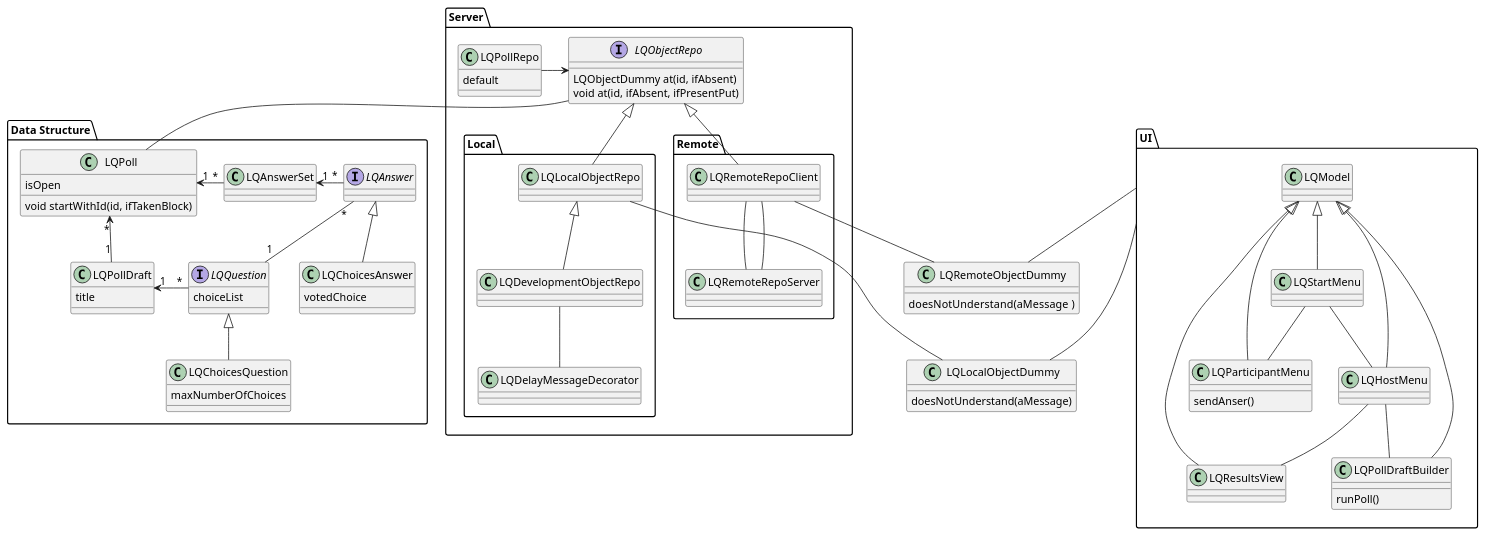
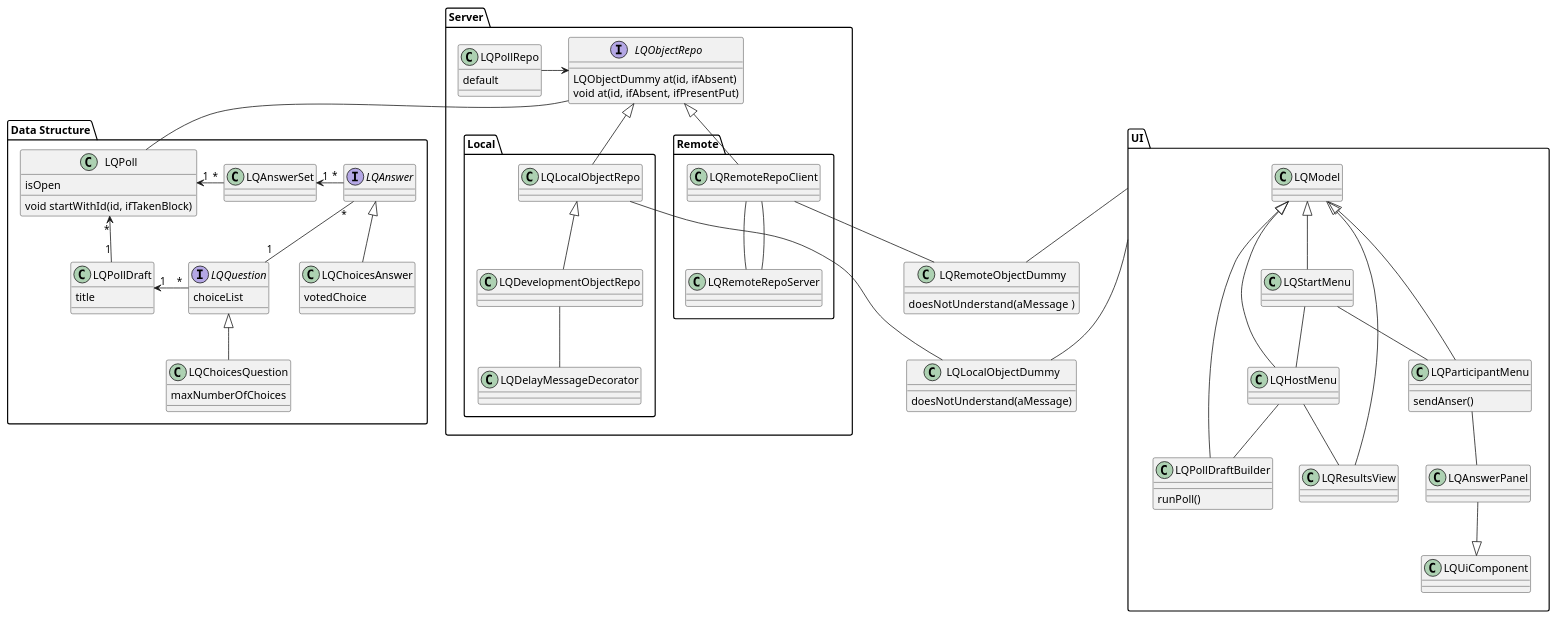
One commit to hpi-swa-teaching/Liquid changed the diagram in docs/class_diagram.wsd. Above: the diagram before and after it, drawn with PlantUML.

Commit message:
add AnswerPanel to class diagram

```diff
--- a/docs/class_diagram.wsd
+++ b/docs/class_diagram.wsd
@@ -1,99 +1,105 @@
 @startuml "Structure of Liquid"
 ' class LQDraftStore
 
 package "Data Structure" {
     class LQPoll  {
         isOpen
         void startWithId(id, ifTakenBlock)
     }
     LQPoll "*" <- "1" LQPollDraft
     class LQPollDraft {
         title
     }
     class LQAnswerSet
     LQPoll "1" <- "*" LQAnswerSet
     LQAnswerSet "1" <- "*" LQAnswer
     interface LQAnswer
     class LQChoicesAnswer {
         votedChoice
     }
     LQAnswer <|-- LQChoicesAnswer
 
     interface LQQuestion {
         choiceList
     }
     ' I chose * instead of 1 bc datastructure is there
     LQPollDraft "1" <- "*" LQQuestion
     class LQChoicesQuestion  {
         maxNumberOfChoices
     }
     LQQuestion <|-- LQChoicesQuestion
     LQAnswer "*" -- "1" LQQuestion
 }
 
 package Server {
     package Local {
         class LQLocalObjectRepo
         class LQDevelopmentObjectRepo
         class LQDelayMessageDecorator
         LQLocalObjectRepo <|-- LQDevelopmentObjectRepo
         ' LQDelayMessageDecorator -- LQLocalObjectDummy
         LQDevelopmentObjectRepo -- LQDelayMessageDecorator
 
     }
     package Remote {
         class LQRemoteRepoClient
         class LQRemoteRepoServer
         LQRemoteRepoClient -- LQRemoteRepoServer
         LQRemoteRepoServer -- LQRemoteRepoClient
     }
     interface LQObjectRepo {
         LQObjectDummy at(id, ifAbsent)
         void at(id, ifAbsent, ifPresentPut)
     }
     LQObjectRepo <|-- LQRemoteRepoClient
     LQObjectRepo <|-- LQLocalObjectRepo
 
     class LQPollRepo {
         default
     }
     LQObjectRepo -- LQPoll
     LQPollRepo -> LQObjectRepo
 }
 
 class LQLocalObjectDummy {
     doesNotUnderstand(aMessage)
 }
 UI -- LQRemoteObjectDummy
 LQRemoteRepoClient -- LQRemoteObjectDummy
 UI -- LQLocalObjectDummy
 LQLocalObjectRepo -- LQLocalObjectDummy
 class LQRemoteObjectDummy {
     doesNotUnderstand(aMessage  )
 }
 LQRemoteObjectDummy -[hidden]- LQLocalObjectDummy
 
 package UI {
     class LQModel
     class LQHostMenu
     LQModel <|-- LQHostMenu
     class LQStartMenu
     LQModel <|-- LQStartMenu
     class LQResultsView
     LQModel <|-- LQResultsView
     class LQParticipantMenu {
         sendAnser()
     }
     LQParticipantMenu --|> LQModel
     class LQPollDraftBuilder {
         runPoll()
     }
     LQPollDraftBuilder --|> LQModel
 
     LQStartMenu -- LQHostMenu
     LQStartMenu -- LQParticipantMenu
     LQHostMenu -- LQResultsView
     LQHostMenu -- LQPollDraftBuilder
+
+    class LQUiComponent
+    class LQAnswerPanel
+    LQAnswerPanel --|> LQUiComponent
+    LQParticipantMenu -- LQAnswerPanel
+
 }
 
 @enduml
```
